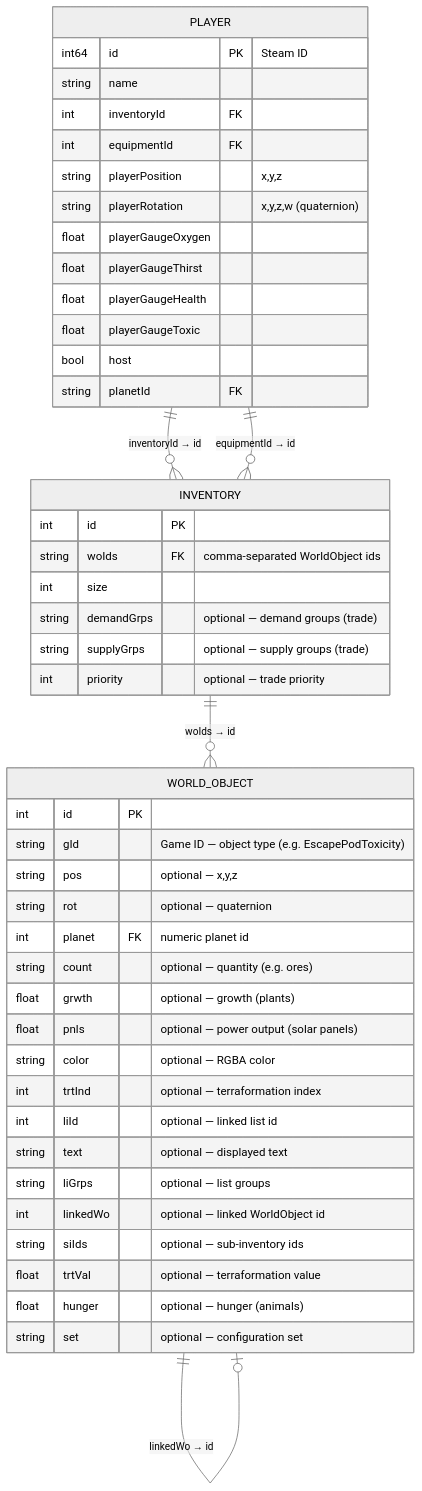
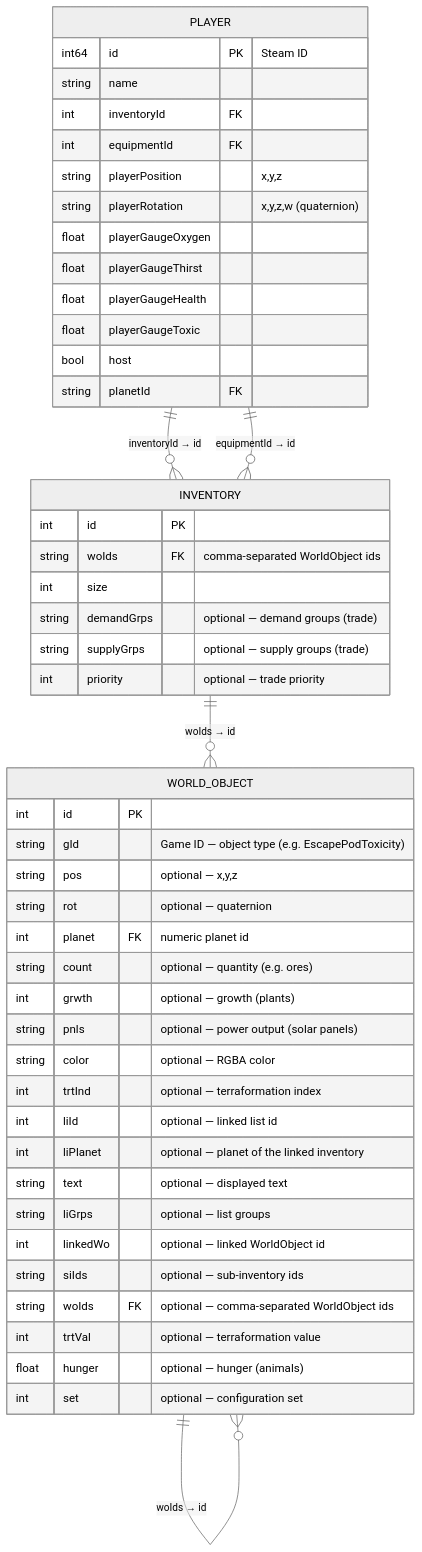
Before and after one commit to delairec/planet-crafter-save-tools: the diagram in docs/save-format.md, drawn with Mermaid (neutral theme). The commit also changed other lines of this file and 8 other files, not shown here.

First line of the commit message:
T39 — the world objects section is validated by a schema that fits the saves (#48)

````diff
--- a/docs/save-format.md
+++ b/docs/save-format.md
@@ -48,52 +48,55 @@
 ```mermaid
 erDiagram
     PLAYER {
         int64   id             PK "Steam ID"
         string  name
         int     inventoryId    FK
         int     equipmentId    FK
         string  playerPosition "x,y,z"
         string  playerRotation "x,y,z,w (quaternion)"
         float   playerGaugeOxygen
         float   playerGaugeThirst
         float   playerGaugeHealth
         float   playerGaugeToxic
         bool    host
         string  planetId       FK
     }
 
     INVENTORY {
         int     id             PK
         string  woIds          FK "comma-separated WorldObject ids"
         int     size
         string  demandGrps     "optional — demand groups (trade)"
         string  supplyGrps     "optional — supply groups (trade)"
         int     priority       "optional — trade priority"
     }
 
     WORLD_OBJECT {
         int     id             PK
         string  gId            "Game ID — object type (e.g. EscapePodToxicity)"
         string  pos            "optional — x,y,z"
         string  rot            "optional — quaternion"
         int     planet         FK "numeric planet id"
         string  count          "optional — quantity (e.g. ores)"
-        float   grwth          "optional — growth (plants)"
-        float   pnls           "optional — power output (solar panels)"
+        int     grwth          "optional — growth (plants)"
+        string  pnls           "optional — power output (solar panels)"
         string  color          "optional — RGBA color"
         int     trtInd         "optional — terraformation index"
         int     liId           "optional — linked list id"
+        int     liPlanet       "optional — planet of the linked inventory"
         string  text           "optional — displayed text"
         string  liGrps         "optional — list groups"
         int     linkedWo       "optional — linked WorldObject id"
         string  siIds          "optional — sub-inventory ids"
-        float   trtVal         "optional — terraformation value"
+        string  woIds          FK "optional — comma-separated WorldObject ids"
+        int     trtVal         "optional — terraformation value"
         float   hunger         "optional — hunger (animals)"
-        string  set            "optional — configuration set"
+        int     set            "optional — configuration set"
     }
 
     PLAYER ||--o{ INVENTORY : "inventoryId → id"
     PLAYER ||--o{ INVENTORY : "equipmentId → id"
     INVENTORY ||--o{ WORLD_OBJECT : "woIds → id"
     WORLD_OBJECT ||--o| WORLD_OBJECT : "linkedWo → id"
+    WORLD_OBJECT ||--o{ WORLD_OBJECT : "woIds → id"
 ```
````
